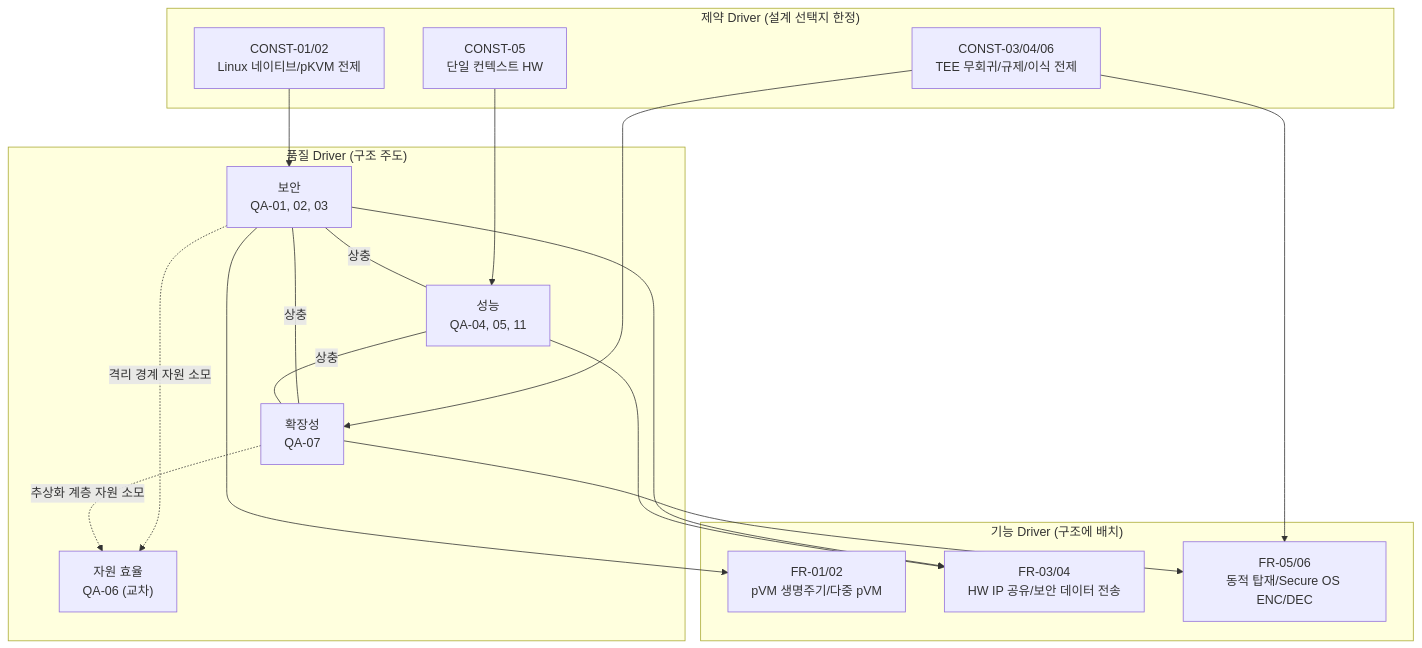
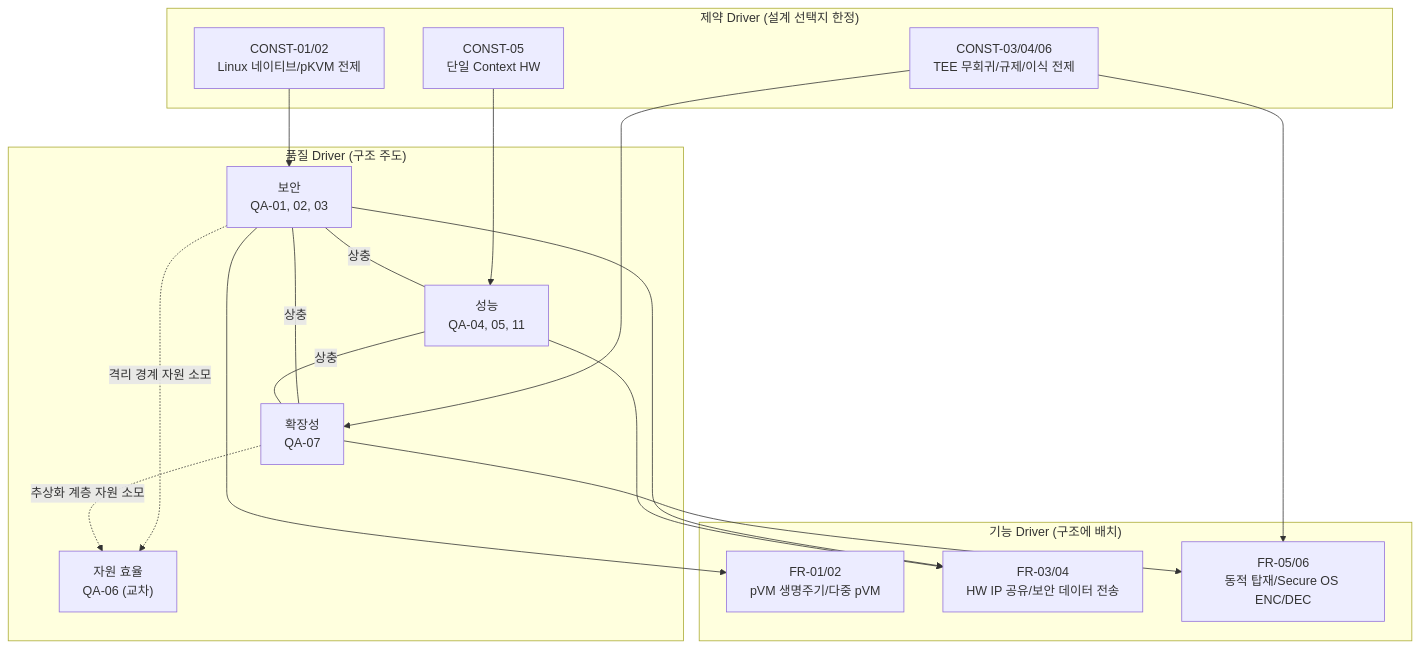
The diagram in docs/04_architectural_drivers.md (boram1288/test-p), drawn with Mermaid before and after one commit. The commit also changed other lines of this file and 28 other files, not shown here.

````diff
--- a/docs/04_architectural_drivers.md
+++ b/docs/04_architectural_drivers.md
@@ -91,33 +91,33 @@
 ```mermaid
 flowchart TB
     subgraph const_d["제약 Driver (설계 선택지 한정)"]
         C12["CONST-01/02<br/>Linux 네이티브/pKVM 전제"]
-        C5["CONST-05<br/>단일 컨텍스트 HW"]
+        C5["CONST-05<br/>단일 Context HW"]
         C36["CONST-03/04/06<br/>TEE 무회귀/규제/이식 전제"]
     end
     subgraph qa_d["품질 Driver (구조 주도)"]
         SEC["보안<br/>QA-01, 02, 03"]
         PERF["성능<br/>QA-04, 05, 11"]
         EXT["확장성<br/>QA-07"]
         RES["자원 효율<br/>QA-06 (교차)"]
     end
     subgraph fr_d["기능 Driver (구조에 배치)"]
         F12["FR-01/02<br/>pVM 생명주기/다중 pVM"]
         F34["FR-03/04<br/>HW IP 공유/보안 데이터 전송"]
         F56["FR-05/06<br/>동적 탑재/Secure OS ENC/DEC"]
     end
 
     C12 --> SEC
     C5 --> PERF
     C36 --> EXT
     SEC ---|"상충"| PERF
     SEC ---|"상충"| EXT
     PERF ---|"상충"| EXT
     SEC -.->|"격리 경계 자원 소모"| RES
     EXT -.->|"추상화 계층 자원 소모"| RES
     SEC --> F12
     SEC --> F34
     PERF --> F34
     EXT --> F56
     C36 --> F56
 ```
````
